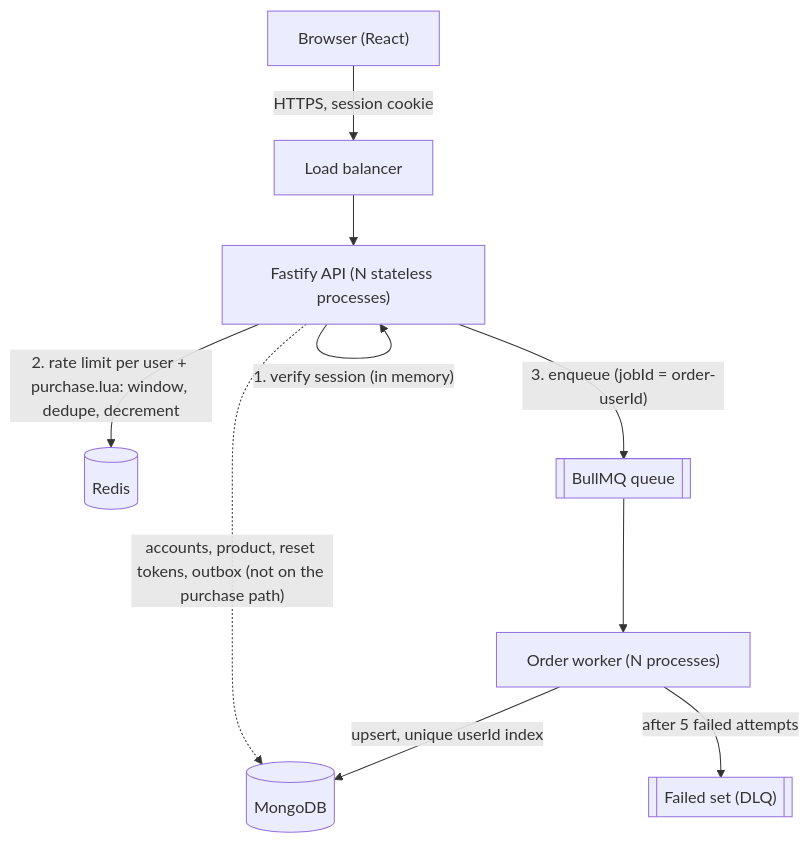
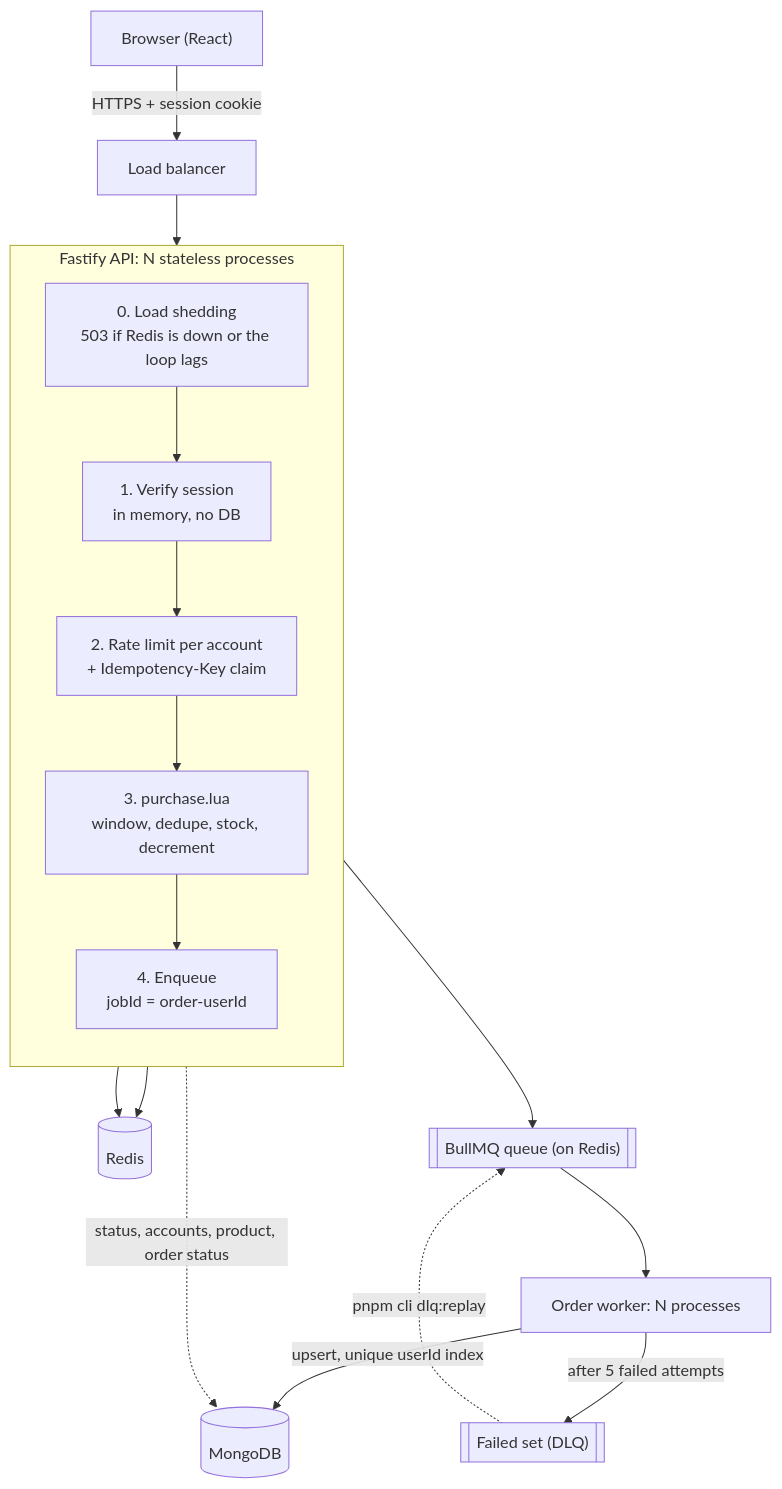
The diagram in README.md (YourWisemaker/flashsale), drawn with Mermaid before and after one commit. The commit also changed other lines of this file and 1 other file, not shown here.

First line of the commit message:
docs(readme): contents, clearer diagram and detailed project structure

````diff
--- a/README.md
+++ b/README.md
@@ -49,12 +131,22 @@
 ```mermaid
 flowchart TD
-    U["Browser (React)"] -->|"HTTPS, session cookie"| LB["Load balancer"]
-    LB --> API["Fastify API (N stateless processes)"]
-    API -->|"1. verify session (in memory)"| API
-    API -->|"2. rate limit per user + purchase.lua: window, dedupe, decrement"| R[("Redis")]
-    API -->|"3. enqueue (jobId = order-userId)"| Q[["BullMQ queue"]]
-    Q --> W["Order worker (N processes)"]
+    U["Browser (React)"] -->|"HTTPS + session cookie"| LB["Load balancer"]
+    LB --> S0
+
+    subgraph API["Fastify API: N stateless processes"]
+        direction TB
+        S0["0. Load shedding<br/>503 if Redis is down or the loop lags"] --> S1["1. Verify session<br/>in memory, no DB"]
+        S1 --> S2["2. Rate limit per account<br/>+ Idempotency-Key claim"]
+        S2 --> S3["3. purchase.lua<br/>window, dedupe, stock, decrement"]
+        S3 --> S4["4. Enqueue<br/>jobId = order-userId"]
+    end
+
+    S2 --> R[("Redis")]
+    S3 --> R
+    S4 --> Q[["BullMQ queue (on Redis)"]]
+    Q --> W["Order worker: N processes"]
     W -->|"upsert, unique userId index"| M[("MongoDB")]
     W -->|"after 5 failed attempts"| DLQ[["Failed set (DLQ)"]]
-    API -.->|"accounts, product, reset tokens, outbox (not on the purchase path)"| M
+    DLQ -.->|"pnpm cli dlq:replay"| Q
+    API -.->|"status, accounts, product, order status"| M
 ```
````
